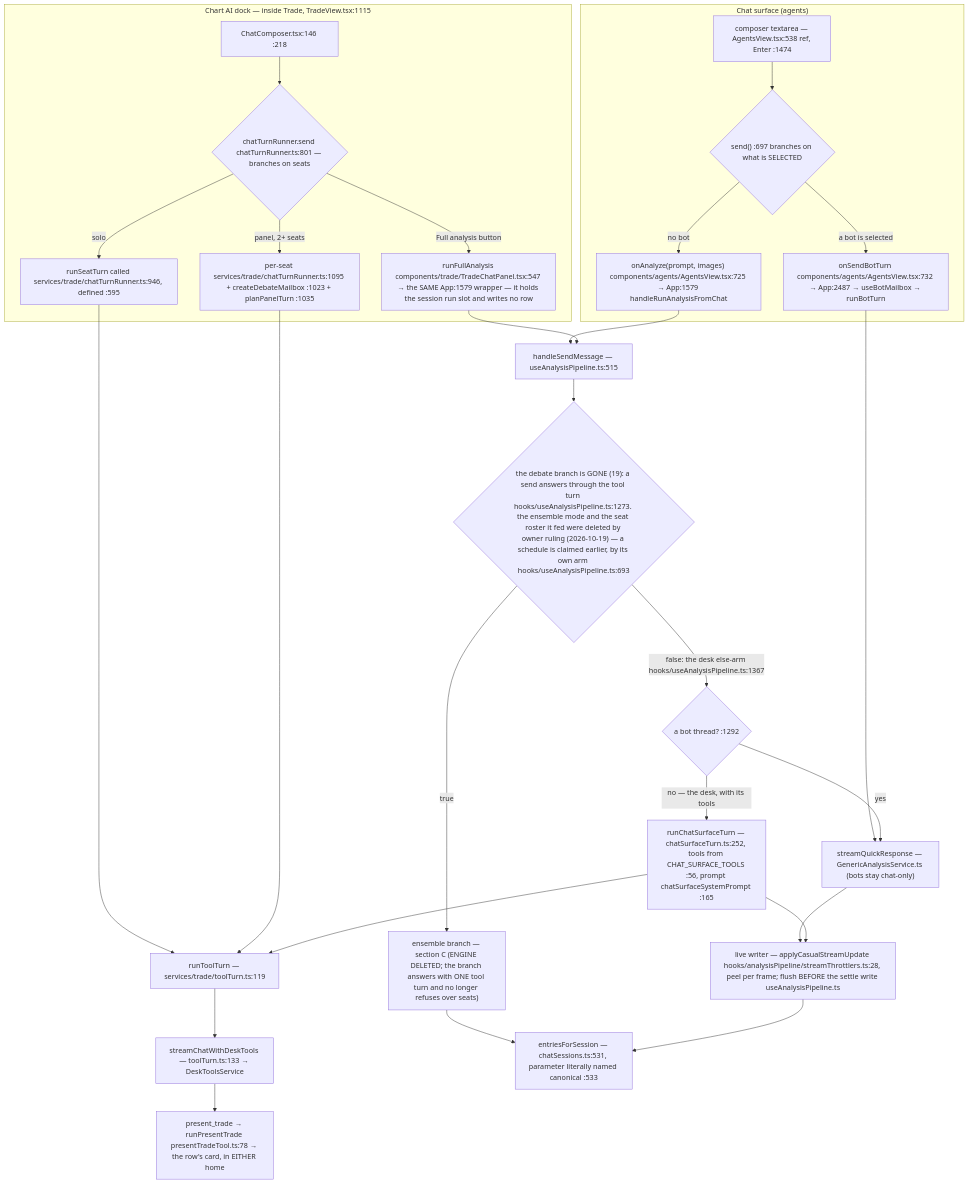
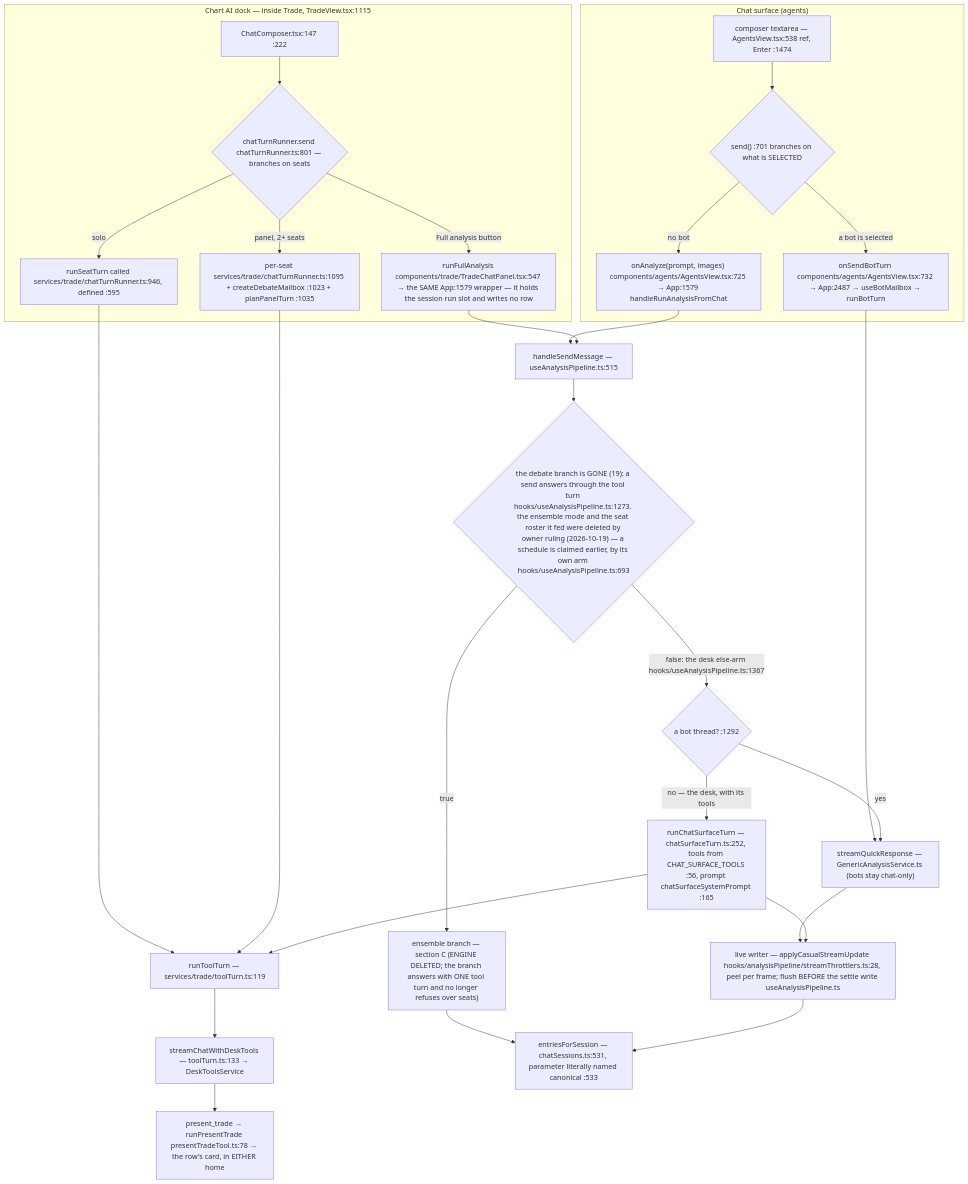
The second of 7 diagrams in docs/app-flow.md (Acepay25/august-3.5), drawn with Mermaid before and after one commit. The commit also changed other lines of this file and 14 other files, not shown here.

````diff
--- a/docs/app-flow.md
+++ b/docs/app-flow.md
@@ -61,31 +61,31 @@
 ```mermaid
 flowchart TD
     subgraph CHAT["Chat surface (agents)"]
-        CB["composer textarea — AgentsView.tsx:538 ref, Enter :1474"] --> D1{"send() :697 branches on what is SELECTED"}
+        CB["composer textarea — AgentsView.tsx:538 ref, Enter :1474"] --> D1{"send() :701 branches on what is SELECTED"}
         D1 -->|a bot is selected| BOT["onSendBotTurn components/agents/AgentsView.tsx:732 → App:2487 → useBotMailbox → runBotTurn"]
         D1 -->|no bot| AN["onAnalyze(prompt, images) components/agents/AgentsView.tsx:725 → App:1579 handleRunAnalysisFromChat"]
     end
     subgraph DOCK["Chart AI dock — inside Trade, TradeView.tsx:1115"]
-        DC["ChatComposer.tsx:146 :218"] --> D2{"chatTurnRunner.send chatTurnRunner.ts:801 — branches on seats"}
+        DC["ChatComposer.tsx:147 :222"] --> D2{"chatTurnRunner.send chatTurnRunner.ts:801 — branches on seats"}
         D2 -->|solo| SO["runSeatTurn called services/trade/chatTurnRunner.ts:946, defined :595"]
         D2 -->|panel, 2+ seats| PN["per-seat services/trade/chatTurnRunner.ts:1095 + createDebateMailbox :1023 + planPanelTurn :1035"]
         D2 -->|Full analysis button| FA["runFullAnalysis components/trade/TradeChatPanel.tsx:547 → the SAME App:1579 wrapper — it holds the session run slot and writes no row"]
     end
     SO --> TT["runToolTurn — services/trade/toolTurn.ts:119"]
     PN --> TT
     TT --> SCDT["streamChatWithDeskTools — toolTurn.ts:133 → DeskToolsService"]
     BOT --> TR["streamQuickResponse — GenericAnalysisService.ts (bots stay chat-only)"]
     AN --> HSM["handleSendMessage — useAnalysisPipeline.ts:515"]
     FA --> HSM
     HSM --> D3{"the debate branch is GONE (19): a send answers through the tool turn hooks/useAnalysisPipeline.ts:1273. the ensemble mode and the seat roster it fed were deleted by owner ruling (2026-10-19) — a schedule is claimed earlier, by its own arm hooks/useAnalysisPipeline.ts:693"}
     D3 -->|true| ENS["ensemble branch — section C (ENGINE DELETED; the branch answers with ONE tool turn and no longer refuses over seats)"]
     D3 -->|false: the desk else-arm hooks/useAnalysisPipeline.ts:1367| SPLIT{"a bot thread? :1292"}
     SPLIT -->|yes| TR
     SPLIT -->|no — the desk, with its tools| CST["runChatSurfaceTurn — chatSurfaceTurn.ts:252, tools from CHAT_SURFACE_TOOLS :56, prompt chatSurfaceSystemPrompt :165"]
     CST --> TT
     TR --> LW["live writer — applyCasualStreamUpdate hooks/analysisPipeline/streamThrottlers.ts:28, peel per frame; flush BEFORE the settle write useAnalysisPipeline.ts"]
     CST --> LW
     ENS --> MERGE
     LW --> MERGE["entriesForSession — chatSessions.ts:531, parameter literally named canonical :533"]
     SCDT --> PT["present_trade → runPresentTrade presentTradeTool.ts:78 → the row's card, in EITHER home"]
 ```
````
